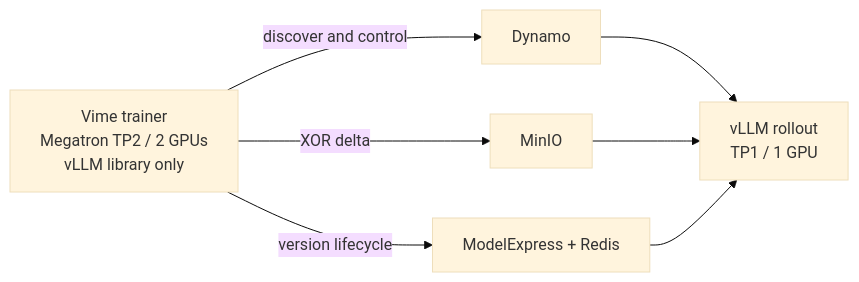
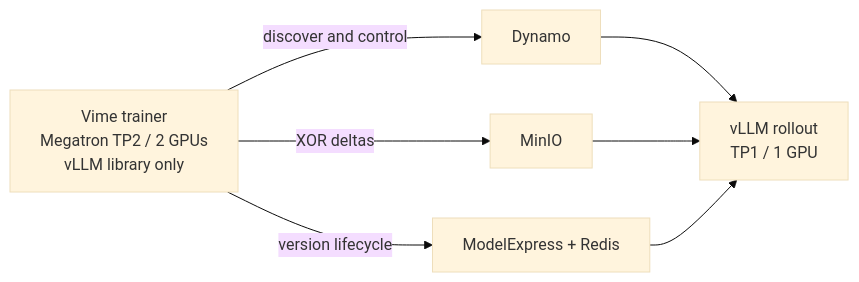
One commit to ai-dynamo/modelexpress changed the diagram in examples/rl/vime_dynamo_delta_refit/README.md. Above: the diagram before and after it, drawn with Mermaid (base theme). The commit also changed other lines of this file and 5 other files, not shown here.

````diff
--- a/examples/rl/vime_dynamo_delta_refit/README.md
+++ b/examples/rl/vime_dynamo_delta_refit/README.md
@@ -6,10 +7,10 @@
 ```mermaid
 flowchart LR
     V[Vime trainer<br/>Megatron TP2 / 2 GPUs<br/>vLLM library only]
-    V -->|XOR delta| S[MinIO]
+    V -->|XOR deltas| S[MinIO]
     V -->|version lifecycle| M[ModelExpress + Redis]
     V -->|discover and control| D[Dynamo]
     D --> L[vLLM rollout<br/>TP1 / 1 GPU]
     S --> L
     M --> L
 ```
````
